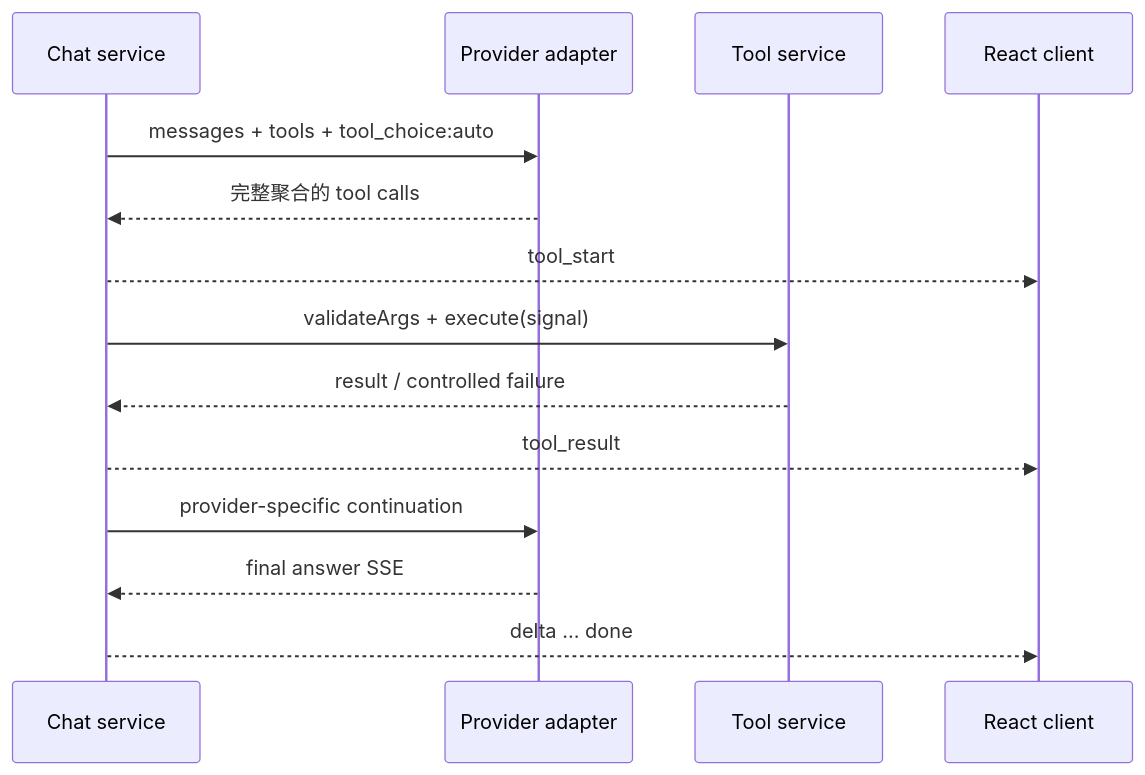
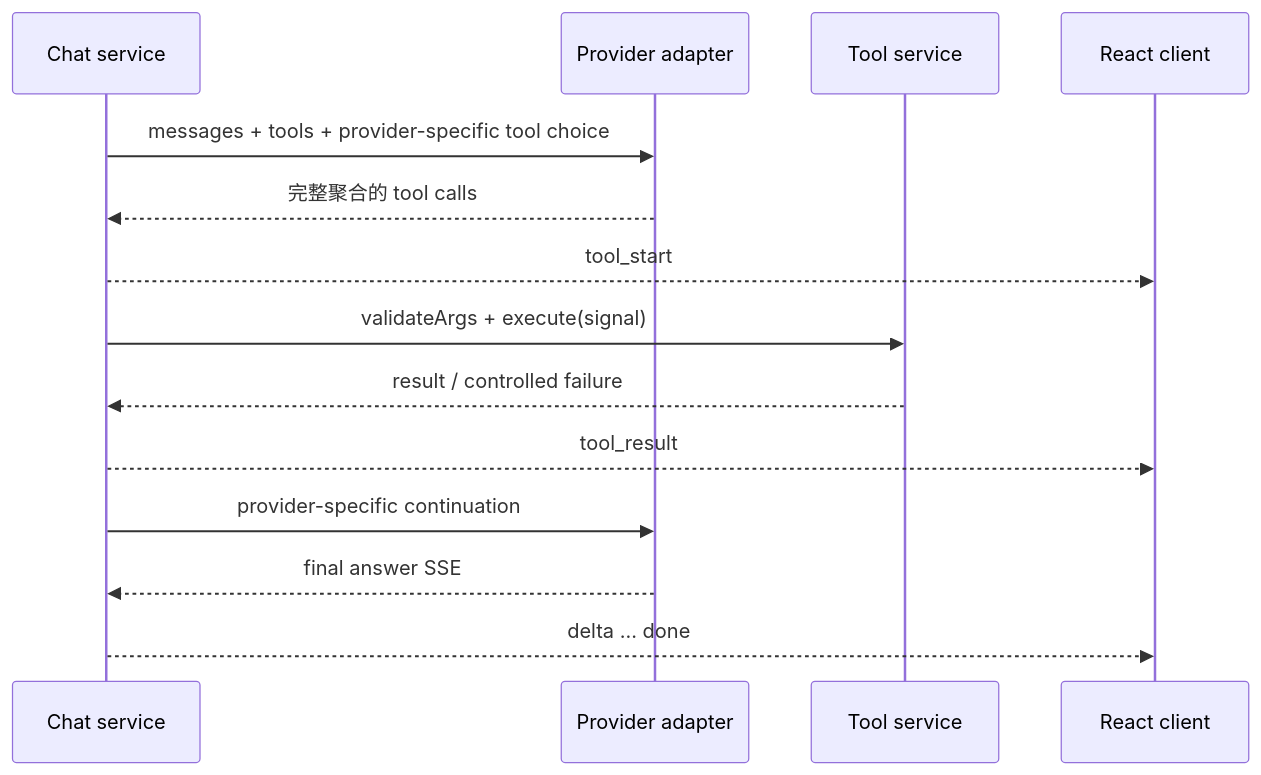
One commit to imingsmings/chatbot-dev changed the eighth of 9 diagrams in docs/architecture.md. Above: the diagram before and after it, drawn with Mermaid. The commit also changed other lines of this file and 21 other files, not shown here.

````diff
--- a/docs/architecture.md
+++ b/docs/architecture.md
@@ -283,17 +283,17 @@
 ```mermaid
 sequenceDiagram
   participant S as Chat service
   participant P as Provider adapter
   participant T as Tool service
   participant C as React client
 
-  S->>P: messages + tools + tool_choice:auto
+  S->>P: messages + tools + provider-specific tool choice
   P-->>S: 完整聚合的 tool calls
   S-->>C: tool_start
   S->>T: validateArgs + execute(signal)
   T-->>S: result / controlled failure
   S-->>C: tool_result
   S->>P: provider-specific continuation
   P-->>S: final answer SSE
   S-->>C: delta ... done
 ```
````
